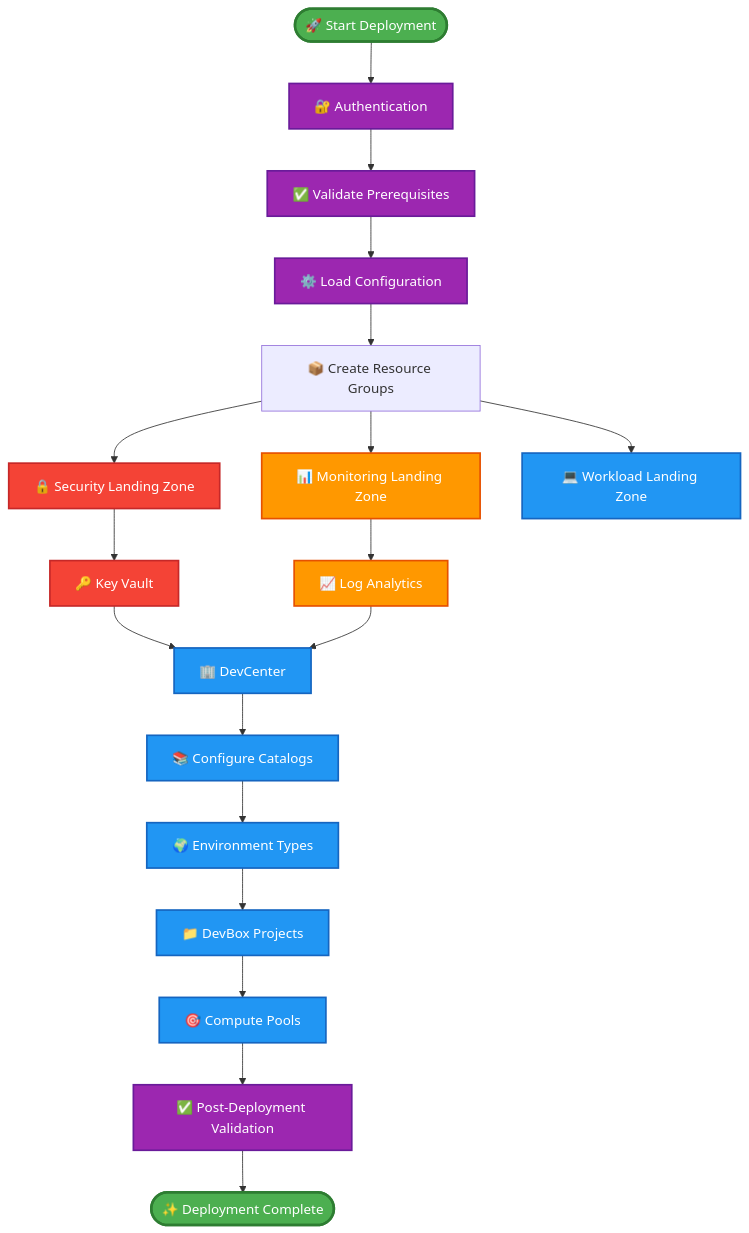
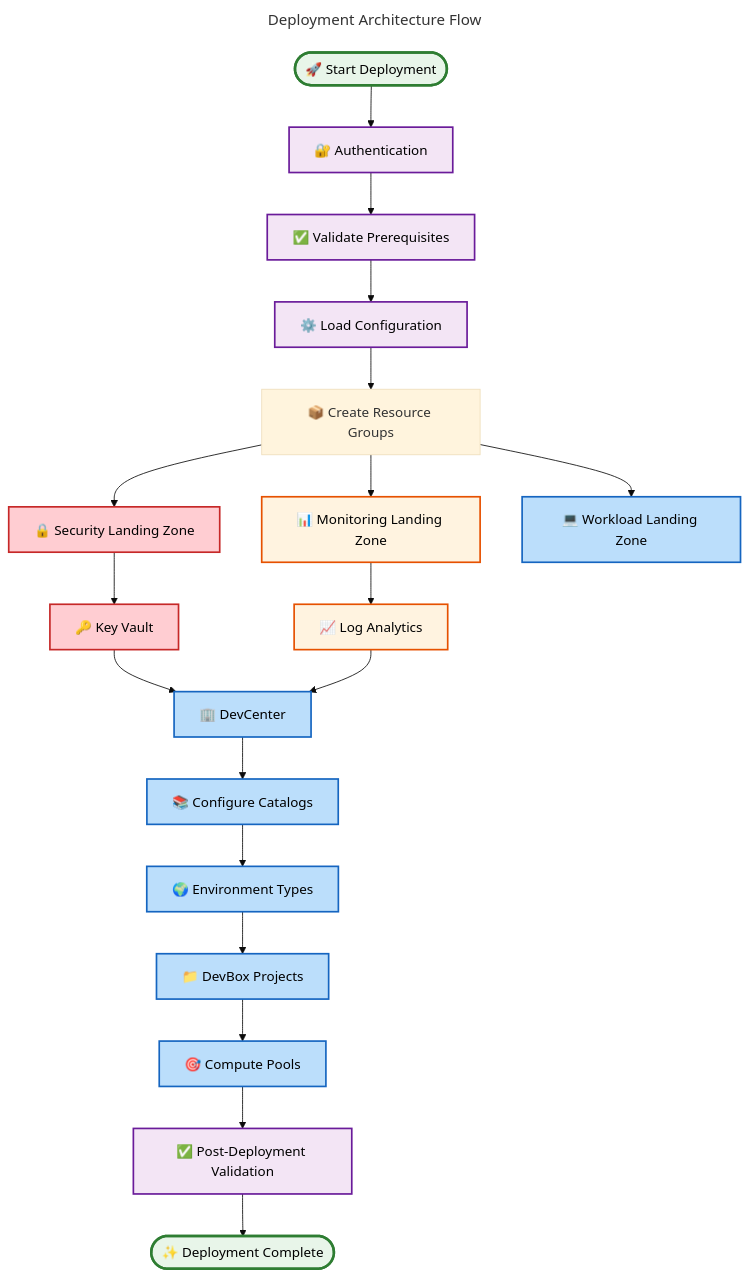
Before and after one commit to Evilazaro/DevExp-DevBox: the first of 2 diagrams in README.md, drawn with Mermaid. The commit also changed other lines of this file, not shown here.

Commit message:
refactor: enhance deployment architecture diagrams for clarity and consistency

````diff
--- a/README.md
+++ b/README.md
@@ -152,38 +152,46 @@
 ```mermaid
+---
+title: Deployment Architecture Flow
+config:
+  theme: base
+---
 flowchart TB
+    accTitle: Azure DevBox Deployment Process Flow
+    accDescr: Sequential flowchart showing the Azure DevBox deployment workflow from authentication through final validation, including landing zone creation and service configuration
+    
     start([🚀 Start Deployment]):::startEnd
     
     start --> auth[🔐 Authentication]
     auth --> prereq[✅ Validate Prerequisites]
     prereq --> config[⚙️ Load Configuration]
     
     config --> rg[📦 Create Resource Groups]
     rg --> security[🔒 Security Landing Zone]
     rg --> monitoring[📊 Monitoring Landing Zone]
     rg --> workload[💻 Workload Landing Zone]
     
     security --> kv[🔑 Key Vault]
     monitoring --> la[📈 Log Analytics]
     
     kv --> devcenter[🏢 DevCenter]
     la --> devcenter
     
     devcenter --> catalog[📚 Configure Catalogs]
     catalog --> envtypes[🌍 Environment Types]
     envtypes --> projects[📁 DevBox Projects]
     projects --> pools[🎯 Compute Pools]
     
     pools --> validate[✅ Post-Deployment Validation]
     validate --> complete([✨ Deployment Complete]):::startEnd
     
-    classDef startEnd fill:#4CAF50,stroke:#2E7D32,stroke-width:3px,color:#fff
-    classDef security fill:#F44336,stroke:#C62828,stroke-width:2px,color:#fff
-    classDef monitoring fill:#FF9800,stroke:#E65100,stroke-width:2px,color:#fff
-    classDef workload fill:#2196F3,stroke:#1565C0,stroke-width:2px,color:#fff
-    classDef config fill:#9C27B0,stroke:#6A1B9A,stroke-width:2px,color:#fff
+    classDef startEnd fill:#E8F5E9,stroke:#2E7D32,stroke-width:3px,color:#000
+    classDef security fill:#FFCDD2,stroke:#C62828,stroke-width:2px,color:#000
+    classDef monitoring fill:#FFF3E0,stroke:#E65100,stroke-width:2px,color:#000
+    classDef workload fill:#BBDEFB,stroke:#1565C0,stroke-width:2px,color:#000
+    classDef config fill:#F3E5F5,stroke:#6A1B9A,stroke-width:2px,color:#000
     
     class security,kv security
     class monitoring,la monitoring
     class workload,devcenter,catalog,envtypes,projects,pools workload
     class auth,prereq,config,validate config
 ```
````
